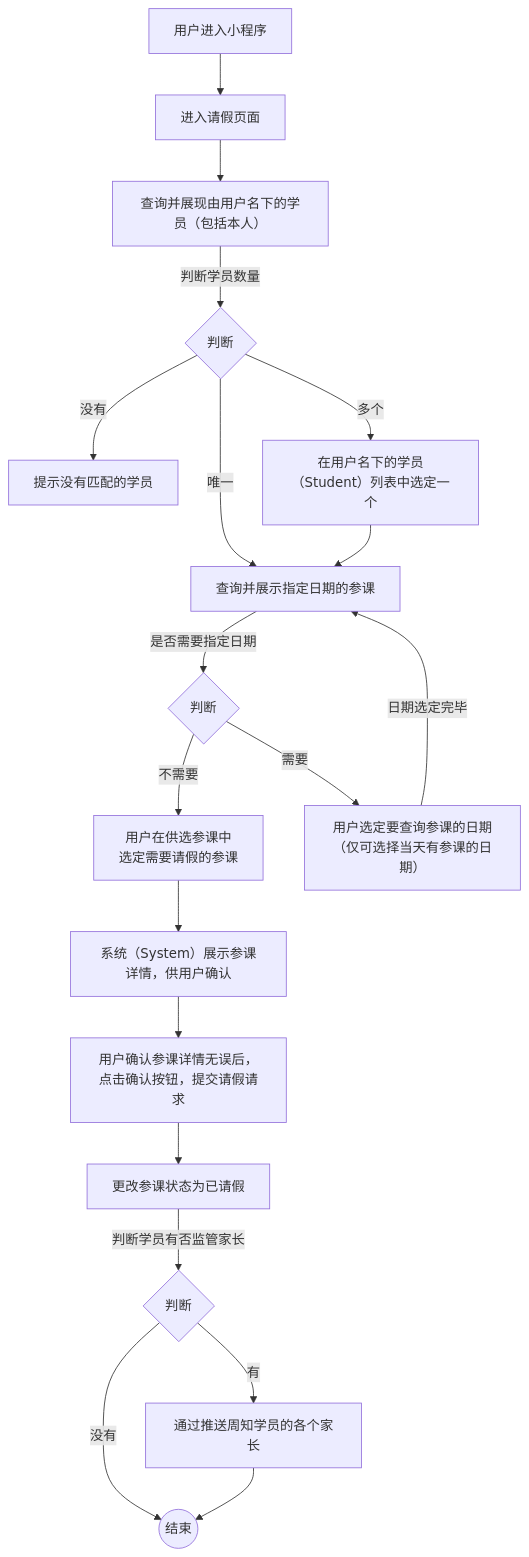
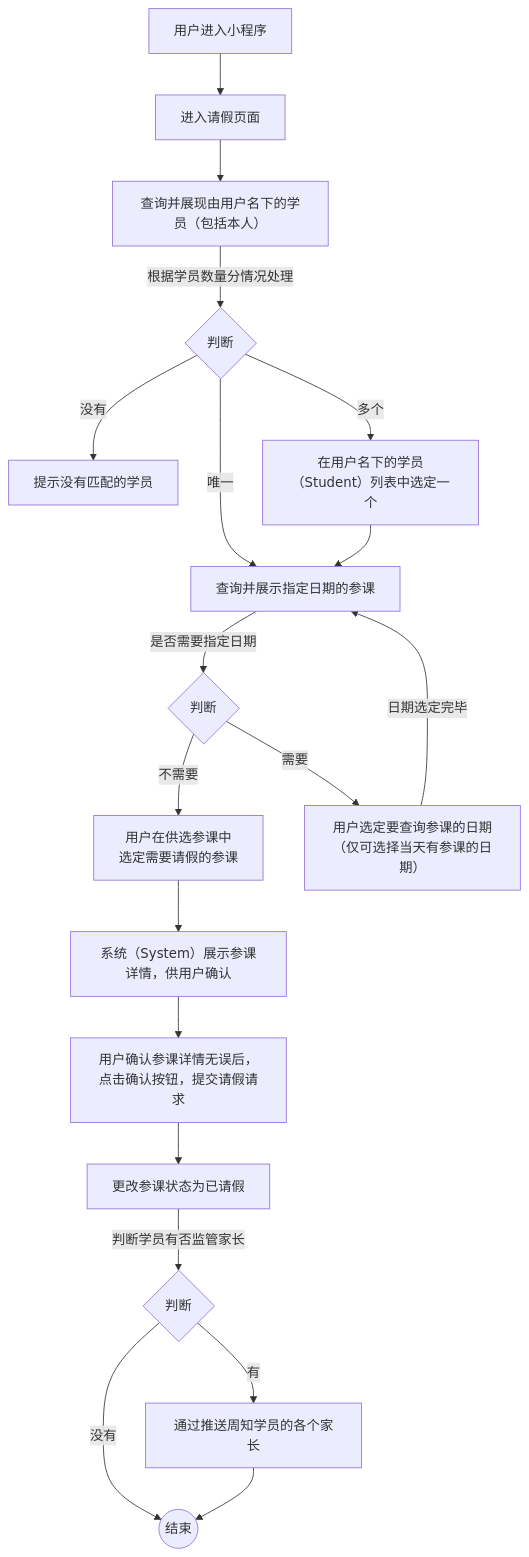
The diagram in 用例/请假.md (world-wide-web/sign), drawn with Mermaid before and after one commit. The commit also changed other lines of this file, not shown here.

````diff
--- a/用例/请假.md
+++ b/用例/请假.md
@@ -7,62 +7,62 @@
 ```mermaid
 graph TD
 
 进入小程序-->进入请假页面
 
 进入请假页面-->查询并展现由用户名下的学员
 
-查询并展现由用户名下的学员--判断学员数量-->判断学员数量
+查询并展现由用户名下的学员--根据学员数量分情况处理-->判断学员数量
 
 判断学员数量--没有-->提示没有匹配的学员
 
 判断学员数量--唯一-->查询并展示指定日期的参课
 
 判断学员数量--多个-->选定学员
 
 选定学员-->查询并展示指定日期的参课
 
 查询并展示指定日期的参课--是否需要指定日期-->决定是否需要指定日期
 
 决定是否需要指定日期--不需要-->选定参课
 
 决定是否需要指定日期--需要-->选定日期
 
 选定日期--日期选定完毕-->查询并展示指定日期的参课
 
 选定参课-->展示参课详情
 
 展示参课详情-->提交请假请求
 
 提交请假请求-->更改参课状态为已请假
 
 更改参课状态为已请假--判断学员有否监管家长-->判断学员有否监管家长
 
 判断学员有否监管家长--有-->通过推送周知学员的各个家长
 
 判断学员有否监管家长--没有-->结束
 
 通过推送周知学员的各个家长-->结束
 
 进入小程序["<center>用户进入小程序</center>"]
 
 查询并展现由用户名下的学员["<center>查询并展现由用户名下的学员（包括本人）</center>"]
 
 判断学员数量{"<center>判断</center>"}
 
 选定学员["<center>在用户名下的学员（Student）列表中选定一个</center>"]
 
 决定是否需要指定日期{"<center>判断</center>"}
 
 选定日期["<center>用户选定要查询参课的日期<br>（仅可选择当天有参课的日期）</center>"]
 
 选定参课["<center>用户在供选参课中<br>选定需要请假的参课</center>"]
 
 展示参课详情["<center>系统（System）展示参课详情，供用户确认</center>"]
 
 提交请假请求["<center>用户确认参课详情无误后，点击确认按钮，提交请假请求</center>"]
 
 判断学员有否监管家长{判断}
 
 结束((结束))
 
 ```
````
